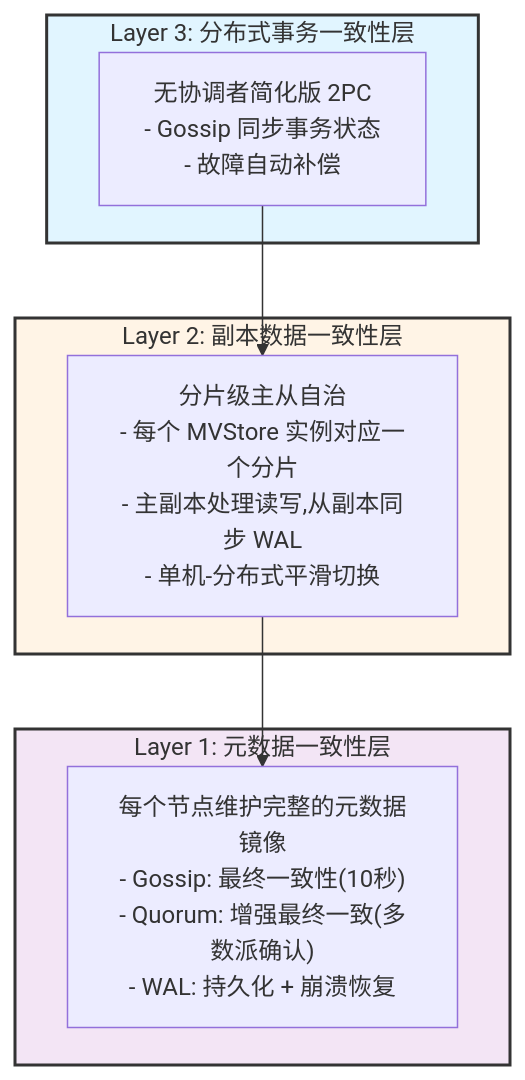
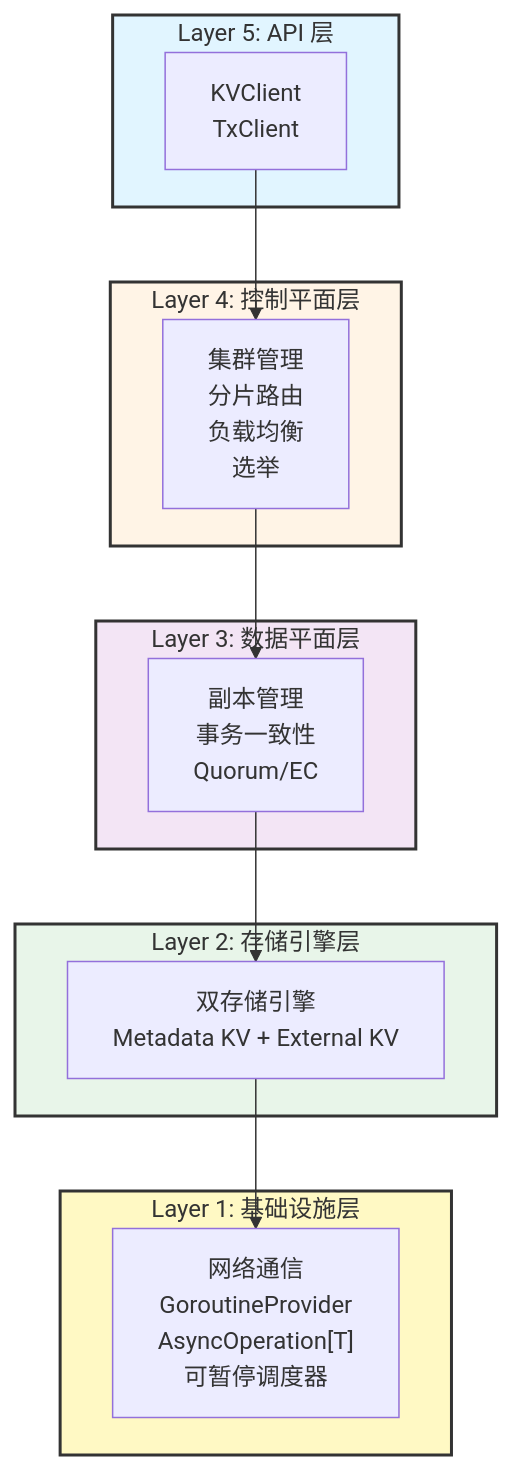
One commit to jzhang405/NexKV changed the diagram in README.md. Above: the diagram before and after it, drawn with Mermaid. The commit also changed other lines of this file and 1 other file, not shown here.

````diff
--- a/README.md
+++ b/README.md
@@ -92,21 +94,33 @@
 ```mermaid
 flowchart TB
-    subgraph L3["Layer 3: 分布式事务一致性层"]
-        TwoPC["无协调者简化版 2PC<br/>- Gossip 同步事务状态<br/>- 故障自动补偿"]
+    subgraph L5["Layer 5: API 层"]
+        API["KVClient<br/>TxClient"]
     end
 
-    subgraph L2["Layer 2: 副本数据一致性层"]
-        Shard["分片级主从自治<br/>- 每个 MVStore 实例对应一个分片<br/>- 主副本处理读写,从副本同步 WAL<br/>- 单机-分布式平滑切换"]
+    subgraph L4["Layer 4: 控制平面层"]
+        Cluster["集群管理<br/>分片路由<br/>负载均衡<br/>选举"]
     end
 
-    subgraph L1["Layer 1: 元数据一致性层"]
-        Meta["每个节点维护完整的元数据镜像<br/>- Gossip: 最终一致性(10秒)<br/>- Quorum: 增强最终一致(多数派确认)<br/>- WAL: 持久化 + 崩溃恢复"]
+    subgraph L3["Layer 3: 数据平面层"]
+        Data["副本管理<br/>事务一致性<br/>Quorum/EC"]
     end
 
-    TwoPC --> Shard
-    Shard --> Meta
+    subgraph L2["Layer 2: 存储引擎层"]
+        Storage["双存储引擎<br/>Metadata KV + External KV"]
+    end
 
-    style L3 fill:#e1f5ff,stroke:#333,stroke-width:2px
-    style L2 fill:#fff4e6,stroke:#333,stroke-width:2px
-    style L1 fill:#f3e5f5,stroke:#333,stroke-width:2px
+    subgraph L1["Layer 1: 基础设施层"]
+        Infra["网络通信<br/>GoroutineProvider<br/>AsyncOperation[T]<br/>可暂停调度器"]
+    end
+
+    API --> Cluster
+    Cluster --> Data
+    Data --> Storage
+    Storage --> Infra
+
+    style L5 fill:#e1f5ff,stroke:#333,stroke-width:2px
+    style L4 fill:#fff4e6,stroke:#333,stroke-width:2px
+    style L3 fill:#f3e5f5,stroke:#333,stroke-width:2px
+    style L2 fill:#e8f5e9,stroke:#333,stroke-width:2px
+    style L1 fill:#fff9c4,stroke:#333,stroke-width:2px
 ```
````
